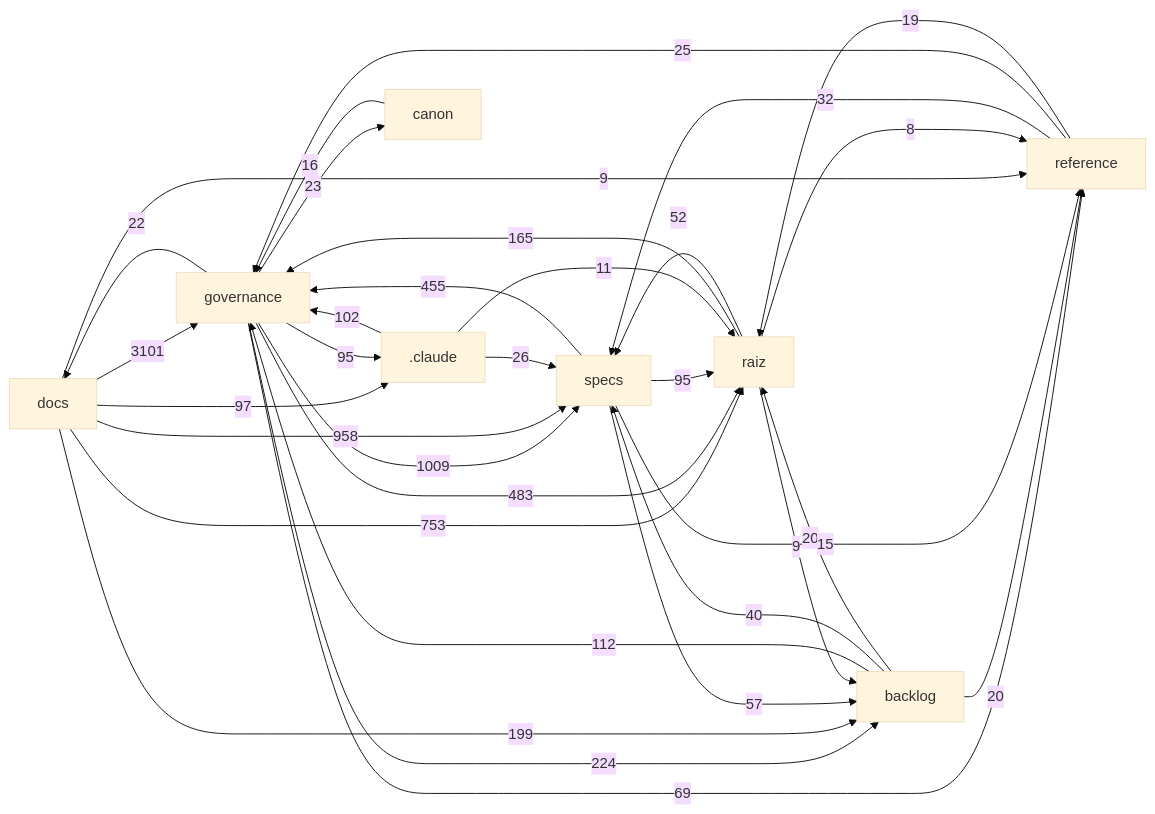
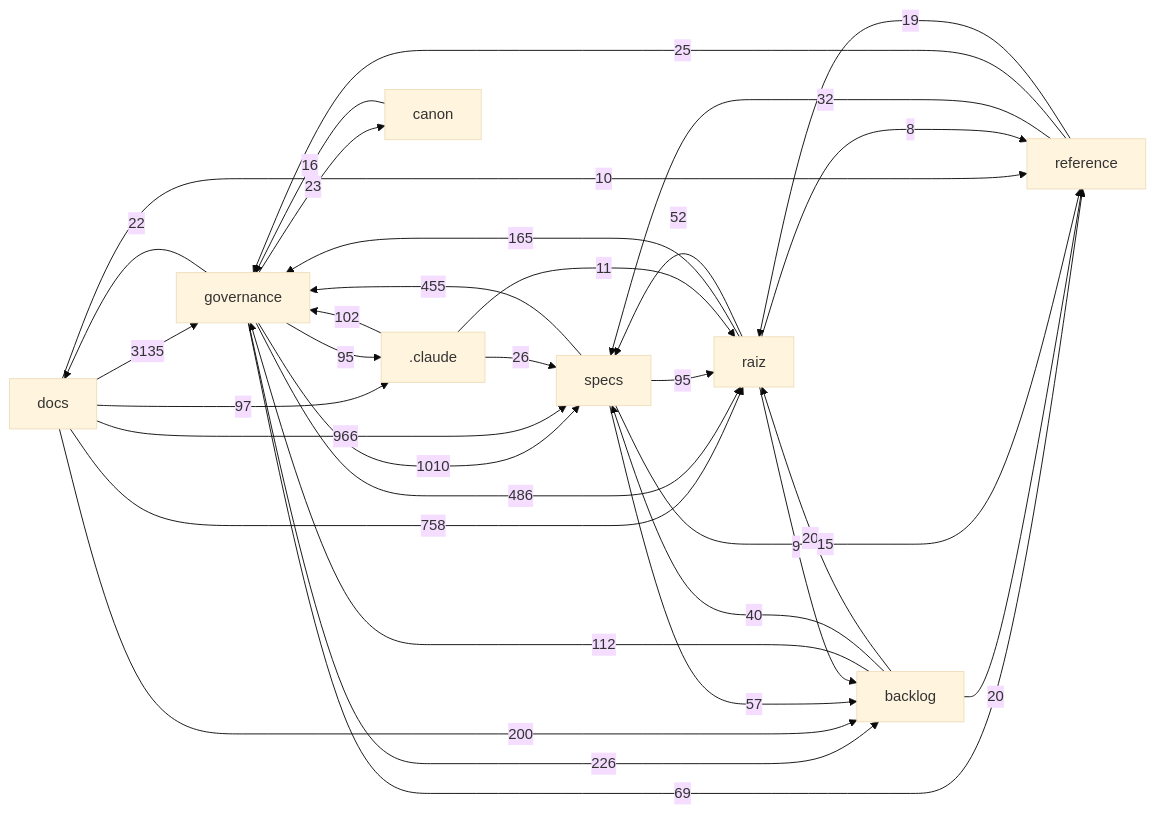
The diagram in docs/mapa/MAPA-PROJETO.md (Andraus35/Sistema-Operacional-de-Trading--SOT), drawn with Mermaid (base theme) before and after one commit. The commit also changed other lines of this file and 5 other files, not shown here.

````diff
--- a/docs/mapa/MAPA-PROJETO.md
+++ b/docs/mapa/MAPA-PROJETO.md
@@ -29,35 +29,35 @@
 ```mermaid
 flowchart LR
-  docs["docs"] -->|3101| governance["governance"]
-  governance["governance"] -->|1009| specs["specs"]
-  docs["docs"] -->|958| specs["specs"]
-  docs["docs"] -->|753| raiz["raiz"]
-  governance["governance"] -->|483| raiz["raiz"]
+  docs["docs"] -->|3135| governance["governance"]
+  governance["governance"] -->|1010| specs["specs"]
+  docs["docs"] -->|966| specs["specs"]
+  docs["docs"] -->|758| raiz["raiz"]
+  governance["governance"] -->|486| raiz["raiz"]
   specs["specs"] -->|455| governance["governance"]
-  governance["governance"] -->|224| backlog["backlog"]
-  docs["docs"] -->|199| backlog["backlog"]
+  governance["governance"] -->|226| backlog["backlog"]
+  docs["docs"] -->|200| backlog["backlog"]
   raiz["raiz"] -->|165| governance["governance"]
   backlog["backlog"] -->|112| governance["governance"]
   _claude[".claude"] -->|102| governance["governance"]
   docs["docs"] -->|97| _claude[".claude"]
   governance["governance"] -->|95| _claude[".claude"]
   specs["specs"] -->|95| raiz["raiz"]
   governance["governance"] -->|69| reference["reference"]
   specs["specs"] -->|57| backlog["backlog"]
   raiz["raiz"] -->|52| specs["specs"]
   backlog["backlog"] -->|40| specs["specs"]
   reference["reference"] -->|32| specs["specs"]
   _claude[".claude"] -->|26| specs["specs"]
   reference["reference"] -->|25| governance["governance"]
   governance["governance"] -->|23| canon["canon"]
   governance["governance"] -->|22| docs["docs"]
   backlog["backlog"] -->|20| raiz["raiz"]
   backlog["backlog"] -->|20| reference["reference"]
   reference["reference"] -->|19| raiz["raiz"]
   canon["canon"] -->|16| governance["governance"]
   specs["specs"] -->|15| reference["reference"]
   _claude[".claude"] -->|11| raiz["raiz"]
+  docs["docs"] -->|10| reference["reference"]
   raiz["raiz"] -->|9| backlog["backlog"]
-  docs["docs"] -->|9| reference["reference"]
   raiz["raiz"] -->|8| reference["reference"]
 ```
````
